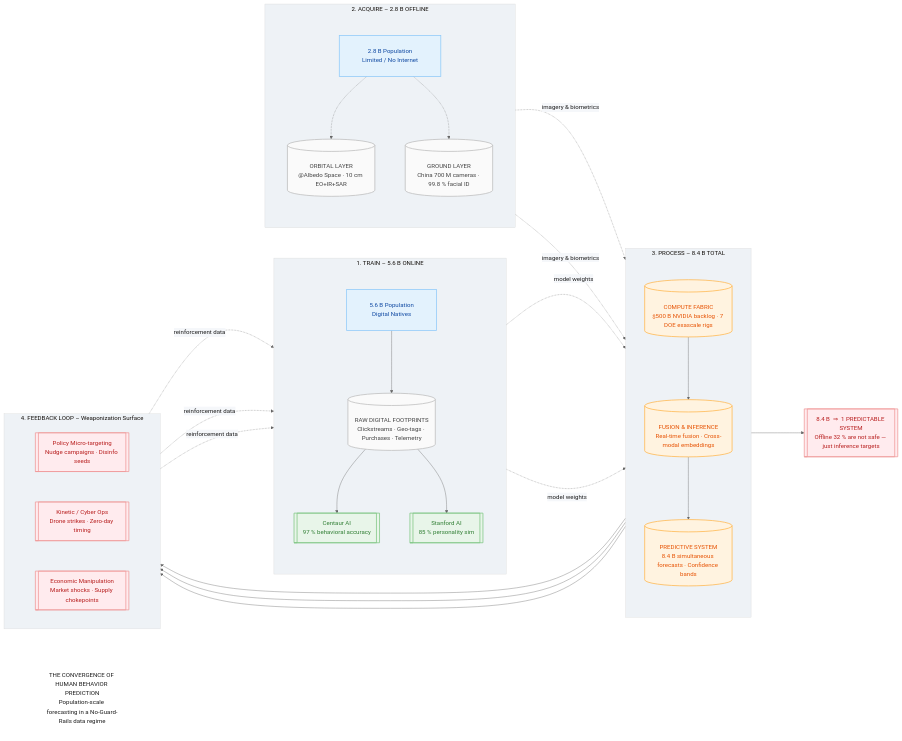
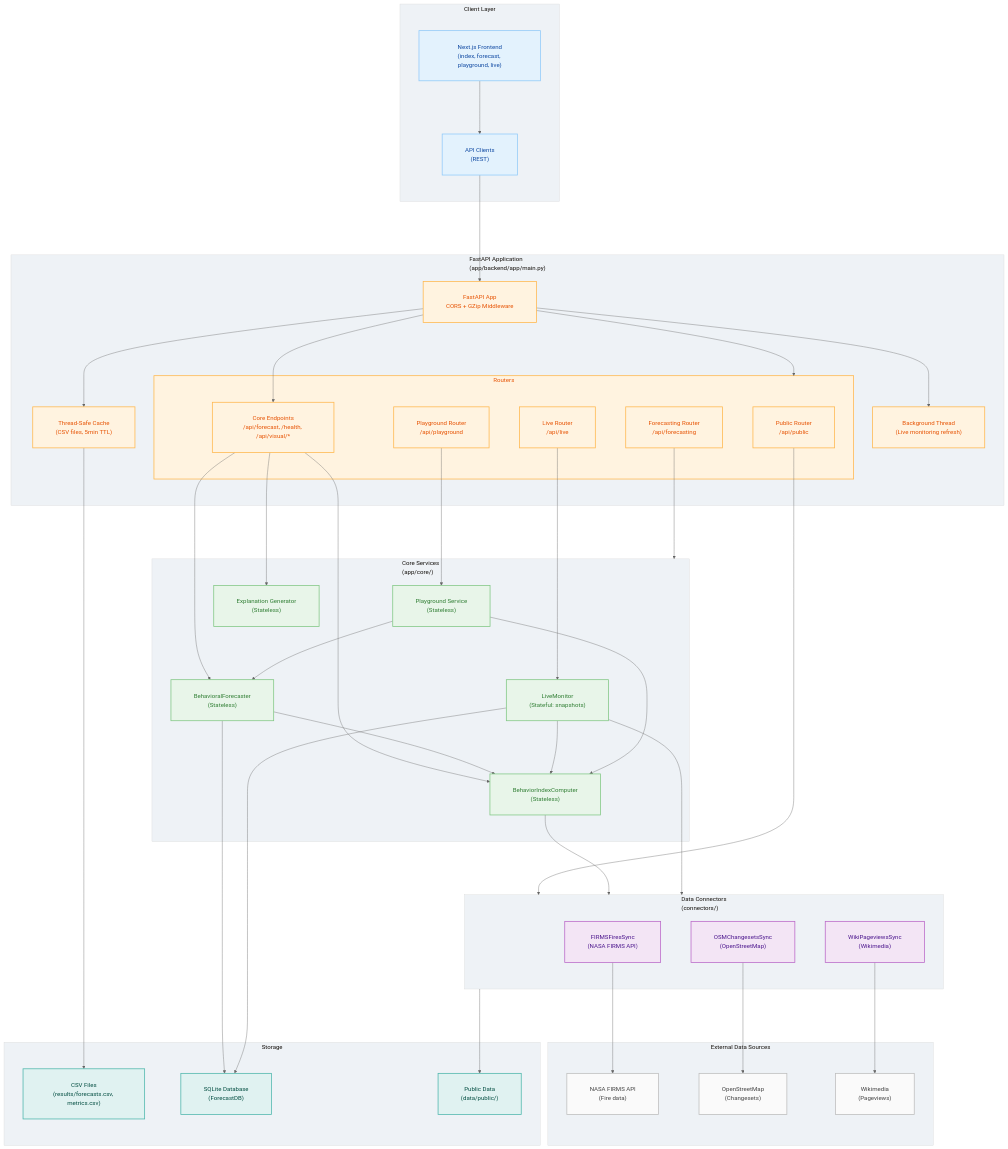
Before and after one commit to codethor0/human-behaviour-convergence: the diagram in diagram/behaviour-convergence.mmd, drawn with Mermaid. The commit also changed 1 other file, not shown here.

Commit message:
feat: architecture and diagram truth regeneration (ITERATION N+9)

```diff
--- a/diagram/behaviour-convergence.mmd
+++ b/diagram/behaviour-convergence.mmd
@@ -1,122 +1,153 @@
-%% ---------- THEME: CLEAN / MODERN ----------
+%% Architecture Diagram - Code-Derived (Iteration N+9)
+%% Generated: 2025-12-22
+%% Source: Direct code analysis from app/backend/app/main.py and routers
+
 %%{ init: {
   "fontFamily": "Inter, Roboto, Helvetica, Arial, sans-serif",
   "fontSize": "14px",
   "theme": "base",
   "themeVariables": {
     "primaryColor": "#ffffff",
     "primaryTextColor": "#1a1a1a",
     "primaryBorderColor": "#d0d0d0",
     "lineColor": "#666666",
     "secondaryColor": "#f5f7fa",
     "tertiaryColor": "#eef2f6"
   },
   "flowchart": {
     "nodeSpacing": 80,
     "rankSpacing": 140,
     "curve": "basis",
     "padding": 30,
     "useMaxWidth": true
   }
 } }%%
 
-%% ---------- DIAGRAM ----------
-flowchart LR
+flowchart TB
     %% ================================================================
-    %% 0. TITLE
+    %% CLIENT LAYER
     %% ================================================================
-    TITLE["THE CONVERGENCE OF HUMAN BEHAVIOR PREDICTION
-Population-scale forecasting in a No-Guard-Rails data regime"]
-
-    %% ================================================================
-    %% 1. TRAIN  (5.6 B ONLINE)
-    %% ================================================================
-    subgraph TRAIN["1. TRAIN  –  5.6 B ONLINE"]
-        direction TB
-        A["5.6 B Population\nDigital Natives"]
-        B[("RAW DIGITAL FOOTPRINTS
-Clickstreams · Geo-tags · Purchases · Telemetry")]
-        C[["Centaur AI
-97 % behavioral accuracy"]]
-        D[["Stanford AI
-85 % personality sim"]]
-        A --> B --> C & D
+    subgraph CLIENT["Client Layer"]
+        WEB["Next.js Frontend<br/>(index, forecast, playground, live)"]
+        API_CLIENT["API Clients<br/>(REST)"]
     end
 
     %% ================================================================
-    %% 2. ACQUIRE  (2.8 B OFFLINE)
+    %% API LAYER
     %% ================================================================
-    subgraph ACQUIRE["2. ACQUIRE  –  2.8 B OFFLINE"]
-        direction TB
-        E["2.8 B Population
-Limited / No Internet"]
-        F[("ORBITAL LAYER
-@Albedo Space · 10 cm EO+IR+SAR")]
-        G[("GROUND LAYER
-China 700 M cameras · 99.8 % facial ID")]
-        E -.-> F
-        E -.-> G
+    subgraph API["FastAPI Application<br/>(app/backend/app/main.py)"]
+        FASTAPI["FastAPI App<br/>CORS + GZip Middleware"]
+
+        subgraph ROUTERS["Routers"]
+            PUBLIC_ROUTER["Public Router<br/>/api/public"]
+            FORECAST_ROUTER["Forecasting Router<br/>/api/forecasting"]
+            LIVE_ROUTER["Live Router<br/>/api/live"]
+            PLAYGROUND_ROUTER["Playground Router<br/>/api/playground"]
+            MAIN_ENDPOINTS["Core Endpoints<br/>/api/forecast, /health, /api/visual/*"]
+        end
+
+        CACHE["Thread-Safe Cache<br/>(CSV files, 5min TTL)"]
+        BG_THREAD["Background Thread<br/>(Live monitoring refresh)"]
     end
 
     %% ================================================================
-    %% 3. PROCESS  (8.4 B TOTAL)
+    %% CORE SERVICES
     %% ================================================================
-    subgraph PROCESS["3. PROCESS  –  8.4 B TOTAL"]
-        direction TB
-        H[("COMPUTE FABRIC
-$500 B NVIDIA backlog · 7 DOE exascale rigs")]
-        I[("FUSION & INFERENCE
-Real-time fusion · Cross-modal embeddings")]
-        J[("PREDICTIVE SYSTEM
-8.4 B simultaneous forecasts · Confidence bands")]
-        H --> I --> J
+    subgraph CORE["Core Services<br/>(app/core/)"]
+        BEHAVIOR_INDEX["BehaviorIndexComputer<br/>(Stateless)"]
+        FORECASTER["BehavioralForecaster<br/>(Stateless)"]
+        LIVE_MONITOR["LiveMonitor<br/>(Stateful: snapshots)"]
+        PLAYGROUND_SVC["Playground Service<br/>(Stateless)"]
+        EXPLANATIONS["Explanation Generator<br/>(Stateless)"]
     end
 
     %% ================================================================
-    %% 4. FEEDBACK
+    %% DATA CONNECTORS
     %% ================================================================
-    subgraph FEEDBACK["4. FEEDBACK LOOP  –  Weaponization Surface"]
-        direction LR
-        K[["Policy Micro-targeting
-Nudge campaigns · Disinfo seeds"]]
-        L[["Kinetic / Cyber Ops
-Drone strikes · Zero-day timing"]]
-        M[["Economic Manipulation
-Market shocks · Supply chokepoints"]]
+    subgraph CONNECTORS["Data Connectors<br/>(connectors/)"]
+        FIRMS["FIRMSFiresSync<br/>(NASA FIRMS API)"]
+        OSM["OSMChangesetsSync<br/>(OpenStreetMap)"]
+        WIKI["WikiPageviewsSync<br/>(Wikimedia)"]
     end
 
     %% ================================================================
-    %% 5. TAGLINE
+    %% EXTERNAL DATA SOURCES
     %% ================================================================
-    TAG[[8.4 B  ⇒  1 PREDICTABLE SYSTEM
-Offline 32 % are not safe — just inference targets]]
+    subgraph EXTERNAL["External Data Sources"]
+        FIRMS_API["NASA FIRMS API<br/>(Fire data)"]
+        OSM_API["OpenStreetMap<br/>(Changesets)"]
+        WIKI_API["Wikimedia<br/>(Pageviews)"]
+    end
 
     %% ================================================================
-    %% EDGES
+    %% STORAGE
     %% ================================================================
-    C & D -.->|model weights| H
-    F & G -.->|imagery & biometrics| H
-    J --> K & L & M
-    K & L & M -.->|reinforcement data| B
-    J --> TAG
+    subgraph STORAGE["Storage"]
+        CSV_FILES["CSV Files<br/>(results/forecasts.csv, metrics.csv)"]
+        DB["SQLite Database<br/>(ForecastDB)"]
+        DATA_DIR["Public Data<br/>(data/public/)"]
+    end
+
+    %% ================================================================
+    %% EDGES - CLIENT TO API
+    %% ================================================================
+    WEB --> API_CLIENT
+    API_CLIENT --> FASTAPI
+
+    %% ================================================================
+    %% EDGES - API ROUTING
+    %% ================================================================
+    FASTAPI --> ROUTERS
+    FASTAPI --> MAIN_ENDPOINTS
+    FASTAPI --> CACHE
+    FASTAPI --> BG_THREAD
+
+    PUBLIC_ROUTER --> CONNECTORS
+    FORECAST_ROUTER --> CORE
+    LIVE_ROUTER --> LIVE_MONITOR
+    PLAYGROUND_ROUTER --> PLAYGROUND_SVC
+    MAIN_ENDPOINTS --> BEHAVIOR_INDEX
+    MAIN_ENDPOINTS --> FORECASTER
+    MAIN_ENDPOINTS --> EXPLANATIONS
+
+    %% ================================================================
+    %% EDGES - CORE SERVICES
+    %% ================================================================
+    BEHAVIOR_INDEX --> CONNECTORS
+    FORECASTER --> BEHAVIOR_INDEX
+    LIVE_MONITOR --> BEHAVIOR_INDEX
+    LIVE_MONITOR --> CONNECTORS
+    PLAYGROUND_SVC --> FORECASTER
+    PLAYGROUND_SVC --> BEHAVIOR_INDEX
+
+    %% ================================================================
+    %% EDGES - CONNECTORS TO EXTERNAL
+    %% ================================================================
+    FIRMS --> FIRMS_API
+    OSM --> OSM_API
+    WIKI --> WIKI_API
+
+    %% ================================================================
+    %% EDGES - STORAGE
+    %% ================================================================
+    CACHE --> CSV_FILES
+    FORECASTER --> DB
+    CONNECTORS --> DATA_DIR
+    LIVE_MONITOR --> DB
 
     %% ================================================================
     %% STYLES
     %% ================================================================
-    classDef title     fill:#ffffff,stroke:#ffffff,stroke-width:0,color:#1a1a1a
-    classDef population fill:#e3f2fd,stroke:#90caf9,stroke-width:2px,color:#0d47a1
-    classDef data       fill:#fafafa,stroke:#bdbdbd,stroke-width:2px,color:#424242
-    classDef model      fill:#e8f5e9,stroke:#81c784,stroke-width:2px,color:#2e7d32
-    classDef compute    fill:#fff3e0,stroke:#ffb74d,stroke-width:2px,color:#e65100
-    classDef feedback   fill:#ffebee,stroke:#ef9a9a,stroke-width:2px,color:#b71c1c
+    classDef client fill:#e3f2fd,stroke:#90caf9,stroke-width:2px,color:#0d47a1
+    classDef api fill:#fff3e0,stroke:#ffb74d,stroke-width:2px,color:#e65100
+    classDef core fill:#e8f5e9,stroke:#81c784,stroke-width:2px,color:#2e7d32
+    classDef connector fill:#f3e5f5,stroke:#ba68c8,stroke-width:2px,color:#4a148c
+    classDef external fill:#fafafa,stroke:#bdbdbd,stroke-width:2px,color:#424242
+    classDef storage fill:#e0f2f1,stroke:#4db6ac,stroke-width:2px,color:#004d40
 
-    class TITLE title
-    class A,E population
-        class B,F,G data
-        class H,I,J compute
-        class C,D model
-        class K,L,M feedback
-        class TAG feedback
-
-                %% ci: trigger render — no-op comment to force GitHub Actions on diagram change
-                %% ci: touch to trigger PR artifact upload on feat/public-layer
+    class WEB,API_CLIENT client
+    class FASTAPI,ROUTERS,PUBLIC_ROUTER,FORECAST_ROUTER,LIVE_ROUTER,PLAYGROUND_ROUTER,MAIN_ENDPOINTS,CACHE,BG_THREAD api
+    class BEHAVIOR_INDEX,FORECASTER,LIVE_MONITOR,PLAYGROUND_SVC,EXPLANATIONS core
+    class FIRMS,OSM,WIKI connector
+    class FIRMS_API,OSM_API,WIKI_API external
+    class CSV_FILES,DB,DATA_DIR storage
```
